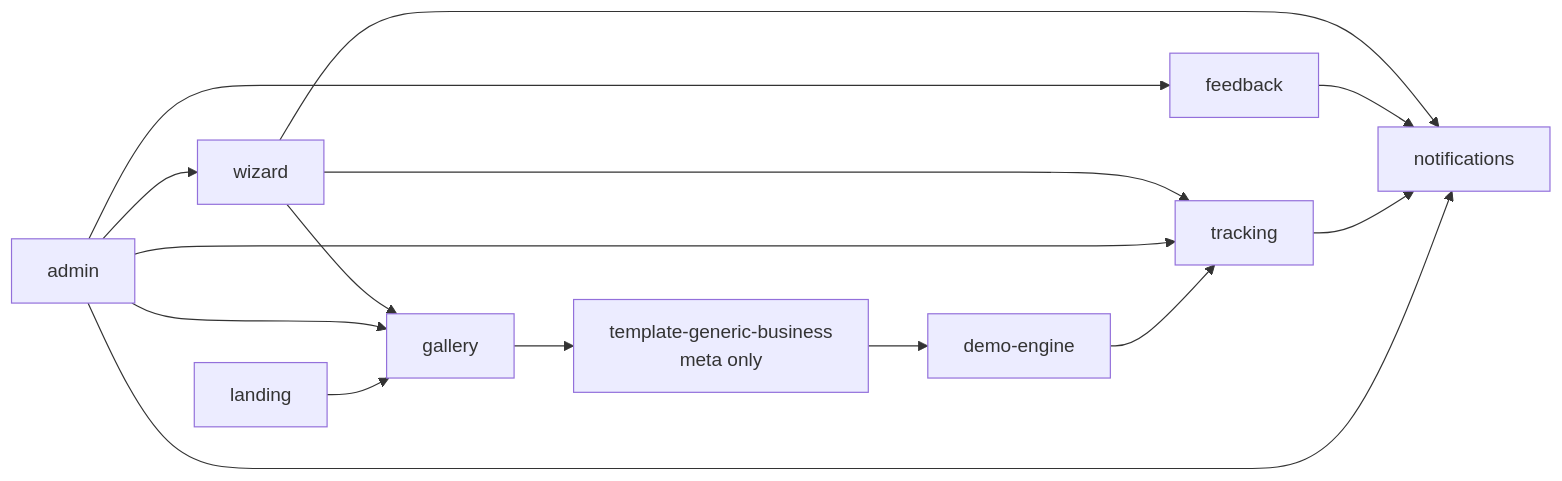
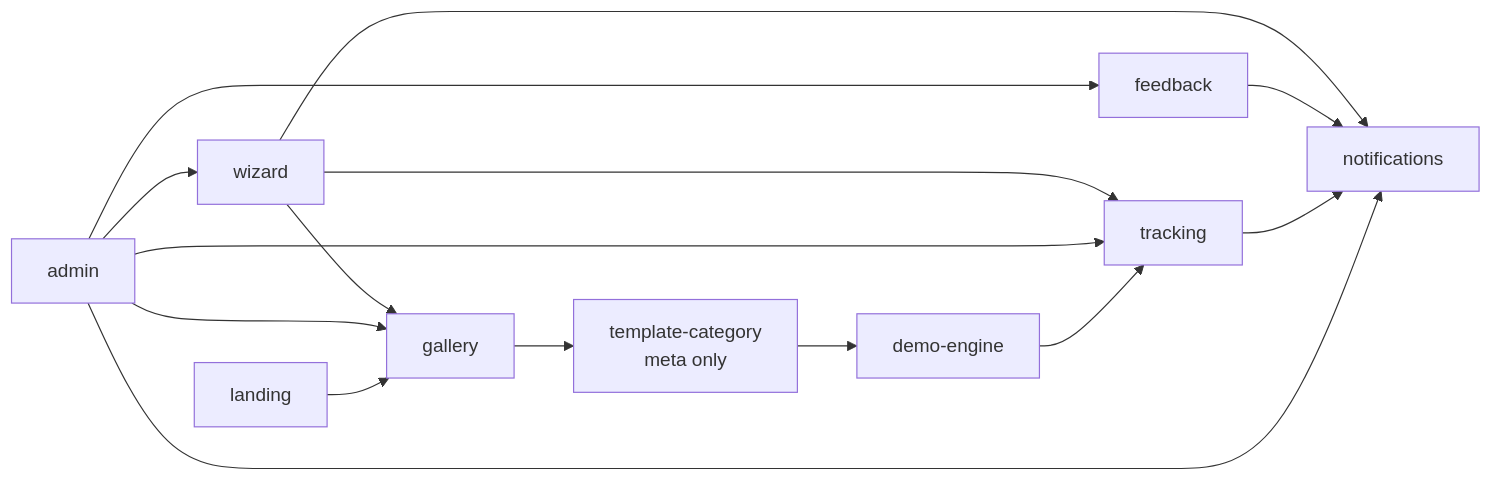
Before and after one commit to AhmedElnagarUU/Demmoss: the first of 3 diagrams in docs/03-architecture.md, drawn with Mermaid. The commit also changed other lines of this file and 13 other files, not shown here.

````diff
--- a/docs/03-architecture.md
+++ b/docs/03-architecture.md
@@ -60,17 +60,17 @@
 ```mermaid
 flowchart LR
   wizard --> gallery
   wizard --> tracking
   wizard --> notifications
   feedback --> notifications
   tracking --> notifications
   admin --> wizard
   admin --> feedback
   admin --> tracking
   admin --> notifications
   admin --> gallery
-  gallery --> tgb[template-generic-business<br/>meta only]
-  tgb --> engine[demo-engine]
+  gallery --> tc[template-category<br/>meta only]
+  tc --> engine[demo-engine]
   engine --> tracking
   landing --> gallery
 ```
````
